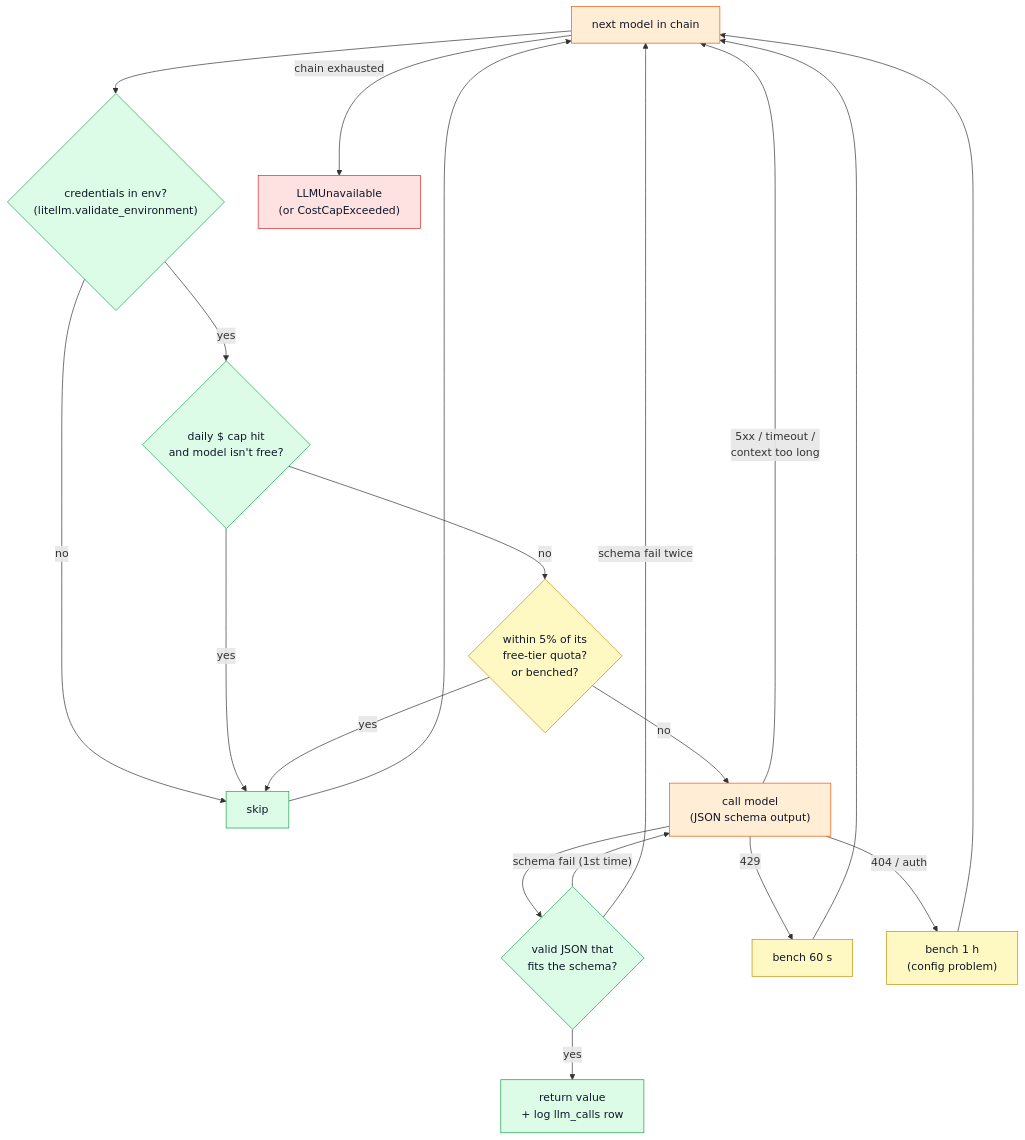
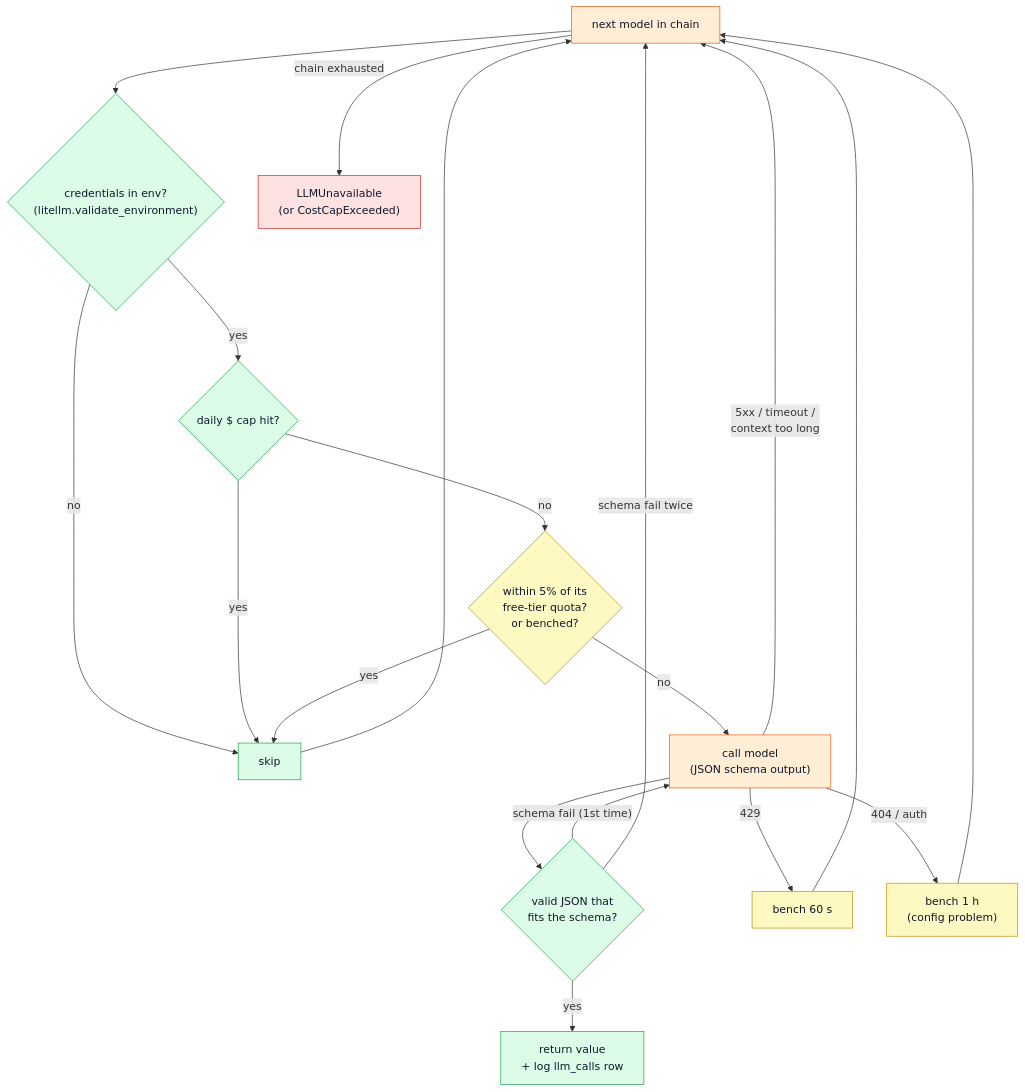
The third of 3 diagrams in docs/04-llm-layer.md (ShishirRijal/PocketAI), drawn with Mermaid before and after one commit. The commit also changed other lines of this file and 9 other files, not shown here.

````diff
--- a/docs/04-llm-layer.md
+++ b/docs/04-llm-layer.md
@@ -78,23 +81,23 @@
 ```mermaid
 flowchart TD
   START["next model in chain"]:::ai --> AV{"credentials in env?<br/>(litellm.validate_environment)"}:::core
   AV -- no --> SKIP["skip"]:::core --> START
-  AV -- yes --> CAP{"daily $ cap hit<br/>and model isn't free?"}:::core
+  AV -- yes --> CAP{"daily $ cap hit?"}:::core
   CAP -- yes --> SKIP
   CAP -- no --> QT{"within 5% of its<br/>free-tier quota?<br/>or benched?"}:::store
   QT -- yes --> SKIP
   QT -- no --> CALL["call model<br/>(JSON schema output)"]:::ai
   CALL --> OK{"valid JSON that<br/>fits the schema?"}:::core
   OK -- yes --> RET["return value<br/>+ log llm_calls row"]:::core
   OK -- "schema fail (1st time)" --> CALL
   OK -- "schema fail twice" --> START
   CALL -- "429" --> RL["bench 60 s"]:::store --> START
   CALL -- "404 / auth" --> BN["bench 1 h<br/>(config problem)"]:::store --> START
   CALL -- "5xx / timeout /<br/>context too long" --> START
   START -- "chain exhausted" --> FAIL["LLMUnavailable<br/>(or CostCapExceeded)"]:::ask
 
   classDef core fill:#dcfce7,stroke:#16a34a,color:#0f172a
   classDef ai fill:#ffedd5,stroke:#ea580c,color:#0f172a
   classDef store fill:#fef9c3,stroke:#ca8a04,color:#0f172a
   classDef ask fill:#fee2e2,stroke:#dc2626,color:#0f172a
 ```
````
